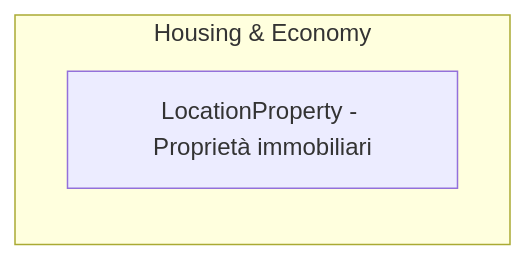
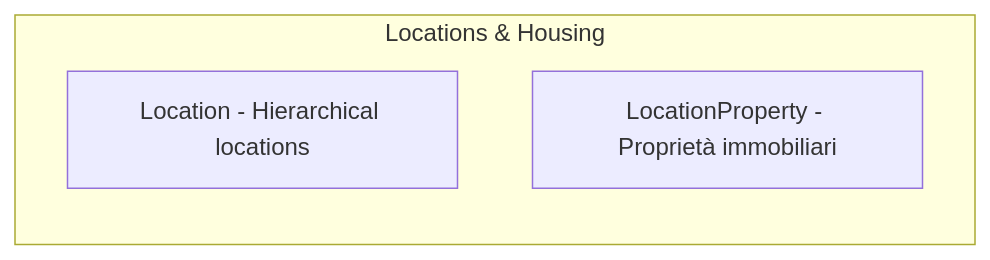
The third of 14 diagrams in docs/tecnica/infrastructure/mongodb-schemas.md (pagliagen/tenpennynovels), drawn with Mermaid before and after one commit. The commit also changed other lines of this file and 523 other files, not shown here.

````diff
--- a/docs/tecnica/infrastructure/mongodb-schemas.md
+++ b/docs/tecnica/infrastructure/mongodb-schemas.md
@@ -56,6 +49,7 @@
 ```mermaid
 flowchart LR
-    subgraph Housing["Housing & Economy"]
+    subgraph Locations["Locations & Housing"]
+        Location[Location - Hierarchical locations]
         LocationProperty[LocationProperty - Proprietà immobiliari]
     end
 ```
````
